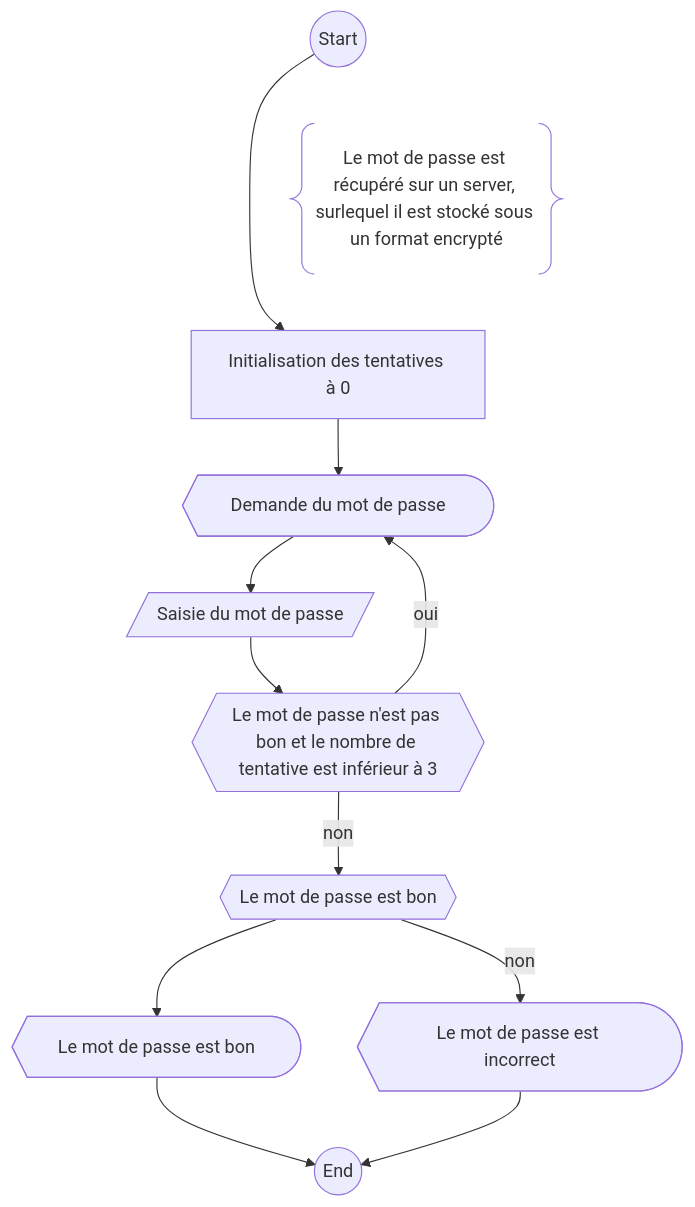
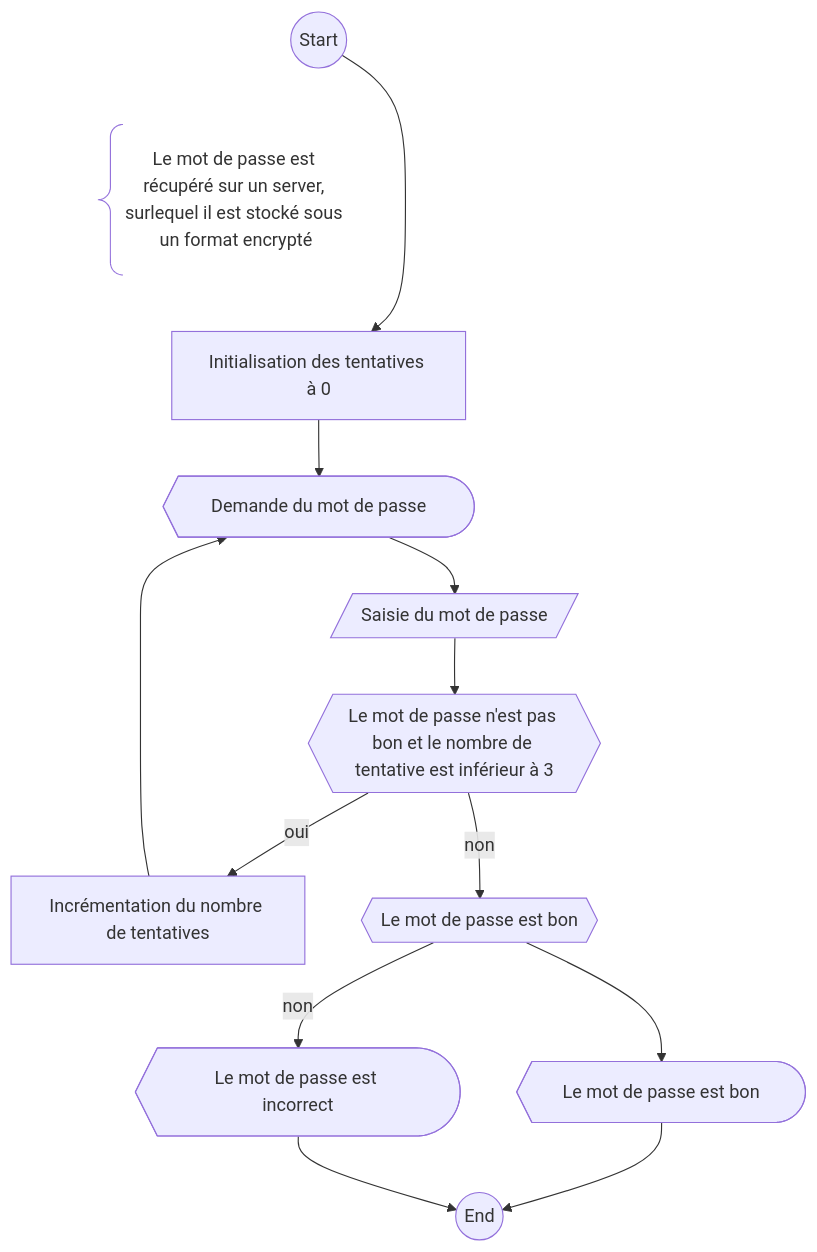
Diagram 11 of 12 in Team Panoptes Classes/UML/Diagramme de flux.md (Team-Panoptes/classes), drawn with Mermaid before and after one commit. The commit also changed other lines of this file, not shown here.

Commit message:
Diagramme de flux: done

````diff
--- a/Team Panoptes Classes/UML/Diagramme de flux.md
+++ b/Team Panoptes Classes/UML/Diagramme de flux.md
@@ -181,12 +181,12 @@
 ```mermaid
 flowchart TB
 
 S((Start)) --> SetTentative[Initialisation des tentatives à 0]
-S ~~~ Comment@{ shape: braces, label: "Le mot de passe est récupéré sur un server, surlequel il est stocké sous un format encrypté"} ~~~ SetTentative
+S ~~~ Comment@{ shape: comment, label: "Le mot de passe est récupéré sur un server, surlequel il est stocké sous un format encrypté"} ~~~ SetTentative
 SetTentative --> AskPassword@{ shape: curv-trap, label: "Demande du mot de passe" }
 AskPassword --> GetPassword[/Saisie du mot de passe/]
 GetPassword --> TestPassword{{Le mot de passe n'est pas bon et le nombre de tentative est inférieur à 3}}
-TestPassword -- oui --> AskPassword
+TestPassword -- oui --> AddTentative[Incrémentation du nombre de tentatives] --> AskPassword
 TestPassword -- non --> TestPassword2{{Le mot de passe est bon}} --> A@{ shape: curv-trap, label: "Le mot de passe est bon" } --> E((End))
 TestPassword2 -- non --> B@{ shape: curv-trap, label: "Le mot de passe est incorrect" } --> E
 ```
````
